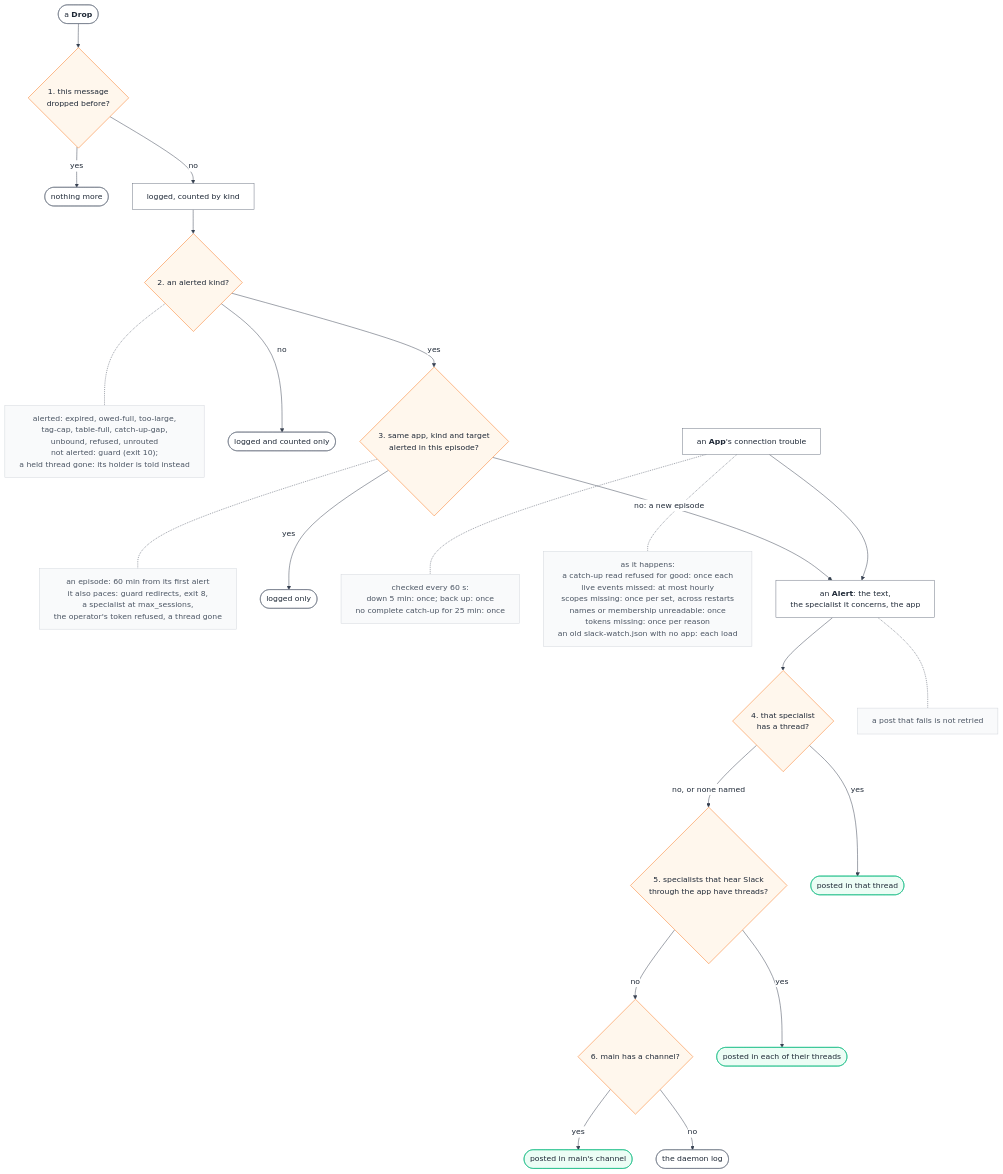
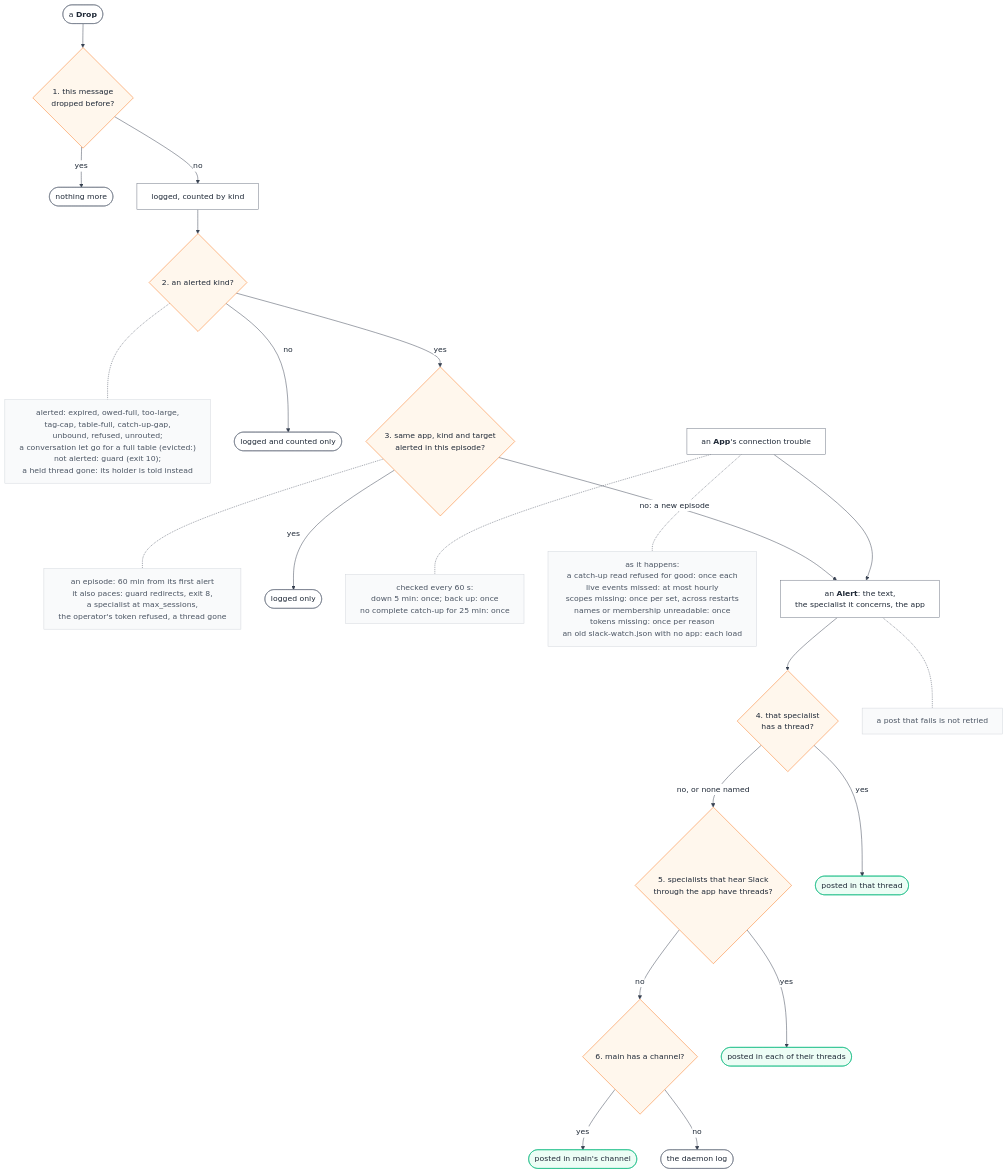
One commit to sf8193/hydra changed the diagram in diagrams/flow-slack-alert.mmd. Above: the diagram before and after it, drawn with Mermaid. The commit also changed 6 other files, not shown here.

Commit message:
Review: hand-binding counts toward TOOL_BIND_MAX; a reply restarts the quiet clock; the bot's own post never evicts a person's thread; the alert and docs say only a tag or DM reopens one let go; diagrams

```diff
--- a/diagrams/flow-slack-alert.mmd
+++ b/diagrams/flow-slack-alert.mmd
@@ -1,59 +1,59 @@
 %%{init: {"theme":"base","themeVariables":{"background":"#ffffff","primaryColor":"#ffffff","primaryBorderColor":"#6b7280","primaryTextColor":"#1f2937","lineColor":"#374151","clusterBkg":"#ffffff","clusterBorder":"#d1d5db"},"flowchart":{"wrappingWidth":420,"useMaxWidth":false}}}%%
 %% When the Slack connector drops a message or a connection goes wrong, who is told, where, and how often?
 %% Drops: ConversationTable.drop, connectors/slack/watch.ts:979; alertOnce, :995. Health: SlackListener.checkAlerts, connectors/slack/listener.ts:747.
 %% Where it posts: alert, connectors/slack/runtime.ts:85. Every box's source: diagrams/flow-slack-alert.sources.md.
 flowchart TD
   drop(["a <b>Drop</b>"])
   g1{"1. this message<br/>dropped before?"}
   nothing(["nothing more"])
   log["logged, counted by kind"]
   g2{"2. an alerted kind?"}
-  n2["alerted: expired, owed-full, too-large,<br/>tag-cap, table-full, catch-up-gap,<br/>unbound, refused, unrouted<br/>not alerted: guard (exit 10);<br/>a held thread gone: its holder is told instead"]
+  n2["alerted: expired, owed-full, too-large,<br/>tag-cap, table-full, catch-up-gap,<br/>unbound, refused, unrouted;<br/>a conversation let go for a full table (evicted:)<br/>not alerted: guard (exit 10);<br/>a held thread gone: its holder is told instead"]
   quiet(["logged and counted only"])
   g3{"3. same app, kind and target<br/>alerted in this episode?"}
   n3["an episode: 60 min from its first alert<br/>it also paces: guard redirects, exit 8,<br/>a specialist at max_sessions,<br/>the operator's token refused, a thread gone"]
   inep(["logged only"])
 
   health["an <b>App</b>'s connection trouble"]
   nh["checked every 60 s:<br/>down 5 min: once; back up: once<br/>no complete catch-up for 25 min: once"]
   ne["as it happens:<br/>a catch-up read refused for good: once each<br/>live events missed: at most hourly<br/>scopes missing: once per set, across restarts<br/>names or membership unreadable: once<br/>tokens missing: once per reason<br/>an old slack-watch.json with no app: each load"]
 
   alert["an <b>Alert</b>: the text,<br/>the specialist it concerns, the app"]
   g4{"4. that specialist<br/>has a thread?"}
   g5{"5. specialists that hear Slack<br/>through the app have threads?"}
   g6{"6. main has a channel?"}
   thread(["posted in that thread"])
   each(["posted in each of their threads"])
   mainch(["posted in main's channel"])
   stderr(["the daemon log"])
   nfail["a post that fails is not retried"]
 
   drop --> g1
   g1 -->|yes| nothing
   g1 -->|no| log --> g2
   g2 -.- n2
   g2 -->|no| quiet
   g2 -->|yes| g3
   g3 -.- n3
   g3 -->|yes| inep
   g3 -->|"no: a new episode"| alert
   health -.- nh
   health -.- ne
   health --> alert
   alert --> g4
   g4 -->|yes| thread
   g4 -->|"no, or none named"| g5
   g5 -->|yes| each
   g5 -->|no| g6
   g6 -->|yes| mainch
   g6 -->|no| stderr
   alert -.- nfail
 
   classDef gate fill:#fff7ed,stroke:#f97316,color:#1f2937
   classDef stop fill:#fef2f2,stroke:#ef4444,color:#1f2937
   classDef wait fill:#f3f4f6,stroke:#9ca3af,color:#1f2937
   classDef done fill:#ecfdf5,stroke:#10b981,color:#1f2937
   classDef note fill:#f9fafb,stroke:#d1d5db,color:#4b5563
   class g1,g2,g3,g4,g5,g6 gate
   class thread,each,mainch done
   class n2,n3,nh,ne,nfail note
```
